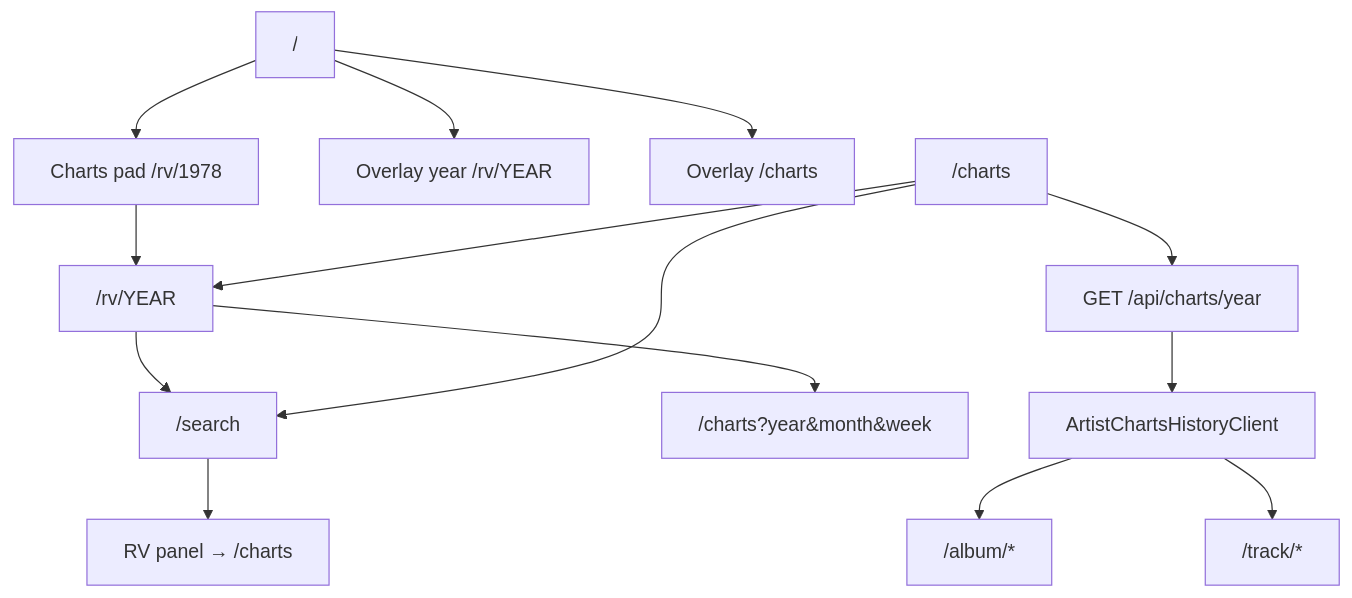
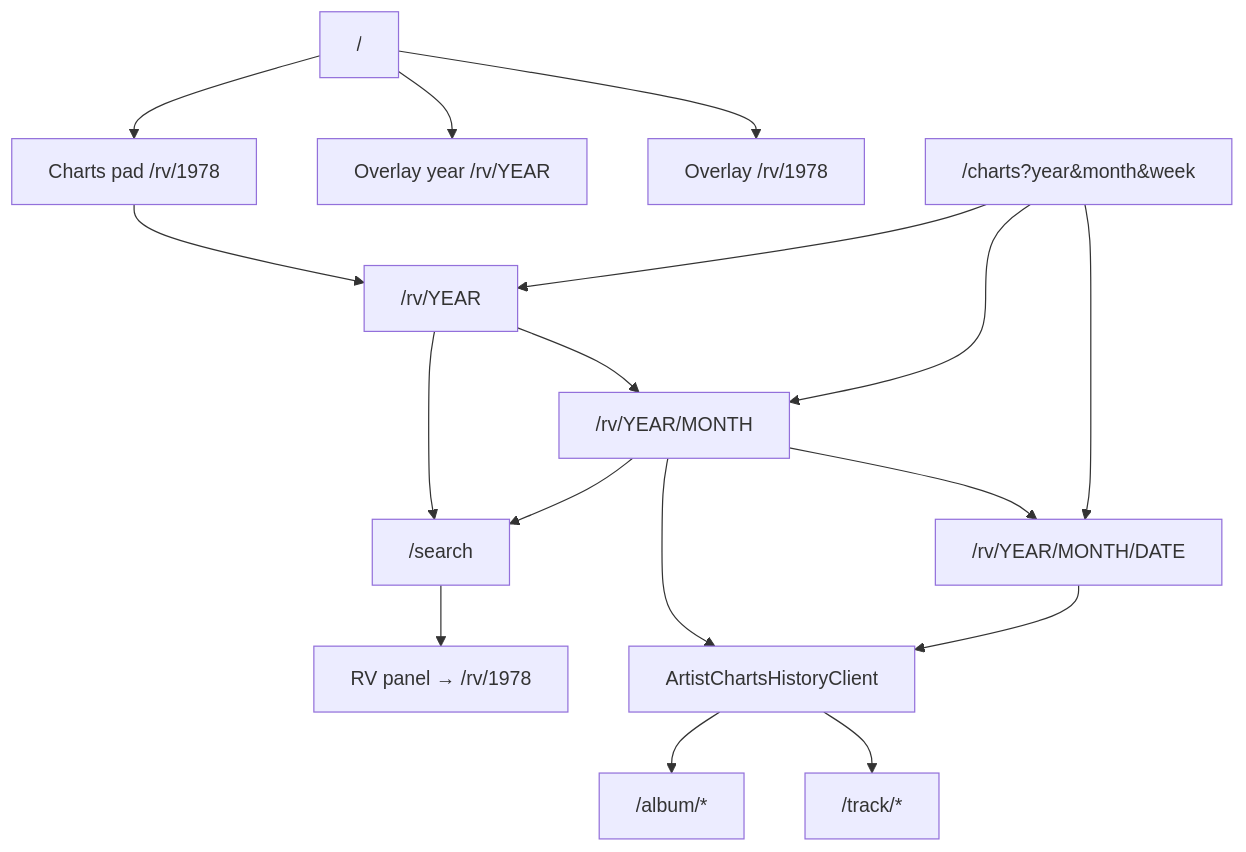
The second of 2 diagrams in docs/PUBLIC_NAVIGATION_MAP.md (bobhopp-crypto/retroverse-public), drawn with Mermaid before and after one commit. The commit also changed other lines of this file and 22 other files, not shown here.

First line of the commit message:
Consolidate public chronology under /rv with week deep-links and entity return continuity.

````diff
--- a/docs/PUBLIC_NAVIGATION_MAP.md
+++ b/docs/PUBLIC_NAVIGATION_MAP.md
@@ -161,16 +166,19 @@
 ```mermaid
 flowchart TB
   Home["/"] --> RvPad["Charts pad /rv/1978"]
   Home --> RvSearch["Overlay year /rv/YEAR"]
-  Home --> ChartsRecovery["Overlay /charts"]
-  Search["/search"] --> ChartsPanel["RV panel → /charts"]
+  Home --> RvRecovery["Overlay /rv/1978"]
+  Search["/search"] --> RvPanel["RV panel → /rv/1978"]
   RvPad --> RvYear["/rv/YEAR"]
-  RvYear --> ChartsDeep["/charts?year&month&week"]
-  ChartsExplore["/charts"] --> ApiYear["GET /api/charts/year"]
-  ApiYear --> WeekCards["ArtistChartsHistoryClient"]
+  RvYear --> RvMonth["/rv/YEAR/MONTH"]
+  RvMonth --> RvWeek["/rv/YEAR/MONTH/DATE"]
+  RvMonth --> WeekCards["ArtistChartsHistoryClient"]
+  RvWeek --> WeekCards
   WeekCards --> Album["/album/*"]
   WeekCards --> Track["/track/*"]
-  ChartsExplore --> RvYear
+  LegacyCharts["/charts?year&month&week"] --> RvYear
+  LegacyCharts --> RvMonth
+  LegacyCharts --> RvWeek
   RvYear --> Search
-  ChartsExplore --> Search
+  RvMonth --> Search
 ```
````
